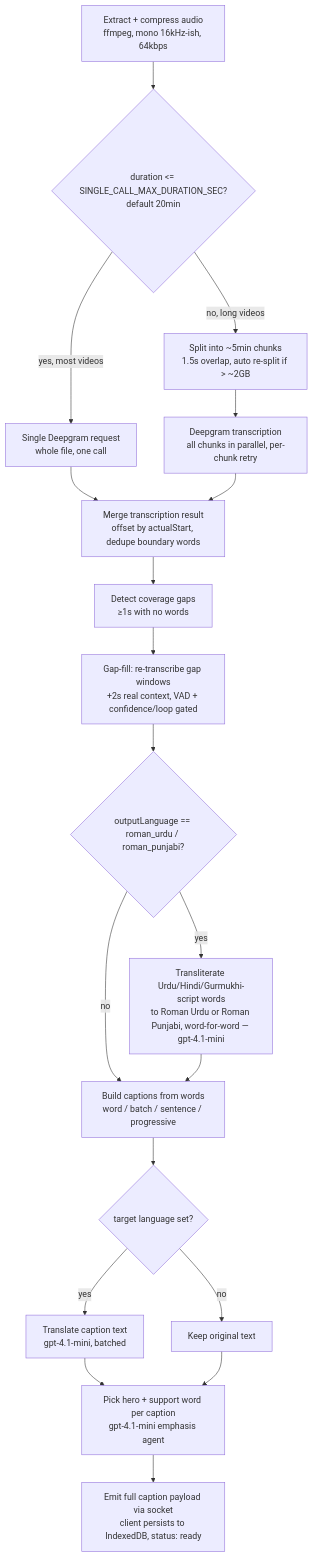
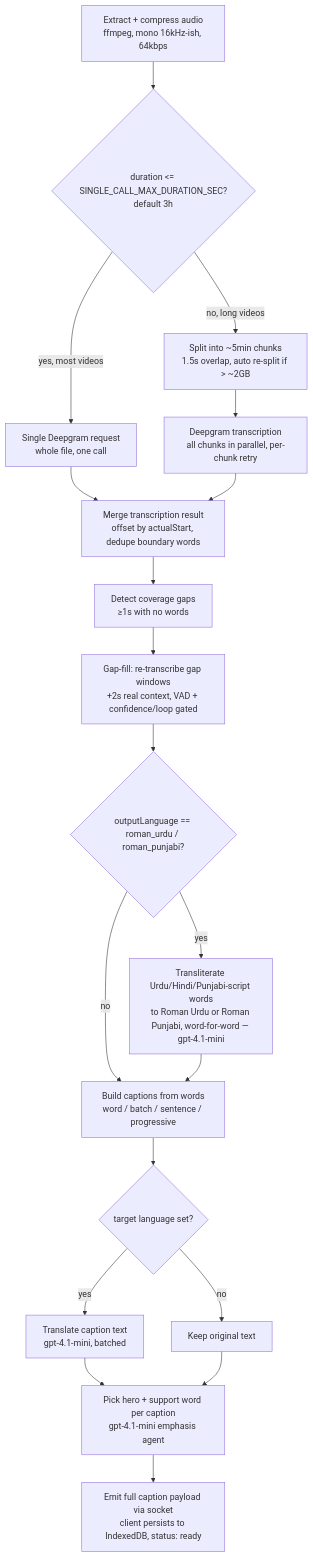
Before and after one commit to rehan-automates/iplex-usa: the second of 2 diagrams in CaptionFlow/ARCHITECTURE.md, drawn with Mermaid. The commit also changed other lines of this file and 5 other files, not shown here.

````diff
--- a/CaptionFlow/ARCHITECTURE.md
+++ b/CaptionFlow/ARCHITECTURE.md
@@ -186,21 +225,21 @@
 ```mermaid
 flowchart TD
-    A[Extract + compress audio<br/>ffmpeg, mono 16kHz-ish, 64kbps] --> Z{duration <= SINGLE_CALL_MAX_DURATION_SEC?<br/>default 20min}
+    A[Extract + compress audio<br/>ffmpeg, mono 16kHz-ish, 64kbps] --> Z{duration <= SINGLE_CALL_MAX_DURATION_SEC?<br/>default 3h}
     Z -->|yes, most videos| D1[Single Deepgram request<br/>whole file, one call]
     Z -->|no, long videos| B[Split into ~5min chunks<br/>1.5s overlap, auto re-split if > ~2GB]
     B --> D2[Deepgram transcription<br/>all chunks in parallel, per-chunk retry]
     D1 --> E[Merge transcription result<br/>offset by actualStart, dedupe boundary words]
     D2 --> E
     E --> F[Detect coverage gaps<br/>≥1s with no words]
     F --> G[Gap-fill: re-transcribe gap windows<br/>+2s real context, VAD + confidence/loop gated]
     G --> H{outputLanguage == roman_urdu / roman_punjabi?}
-    H -->|yes| I[Transliterate Urdu/Hindi/Gurmukhi-script words<br/>to Roman Urdu or Roman Punjabi, word-for-word — gpt-4.1-mini]
+    H -->|yes| I[Transliterate Urdu/Hindi/Punjabi-script words<br/>to Roman Urdu or Roman Punjabi, word-for-word — gpt-4.1-mini]
     H -->|no| J[Build captions from words<br/>word / batch / sentence / progressive]
     I --> J
     J --> K{target language set?}
     K -->|yes| L[Translate caption text<br/>gpt-4.1-mini, batched]
     K -->|no| M[Keep original text]
     L --> N[Pick hero + support word per caption<br/>gpt-4.1-mini emphasis agent]
     M --> N
     N --> O[Emit full caption payload via socket<br/>client persists to IndexedDB, status: ready]
 ```
````
